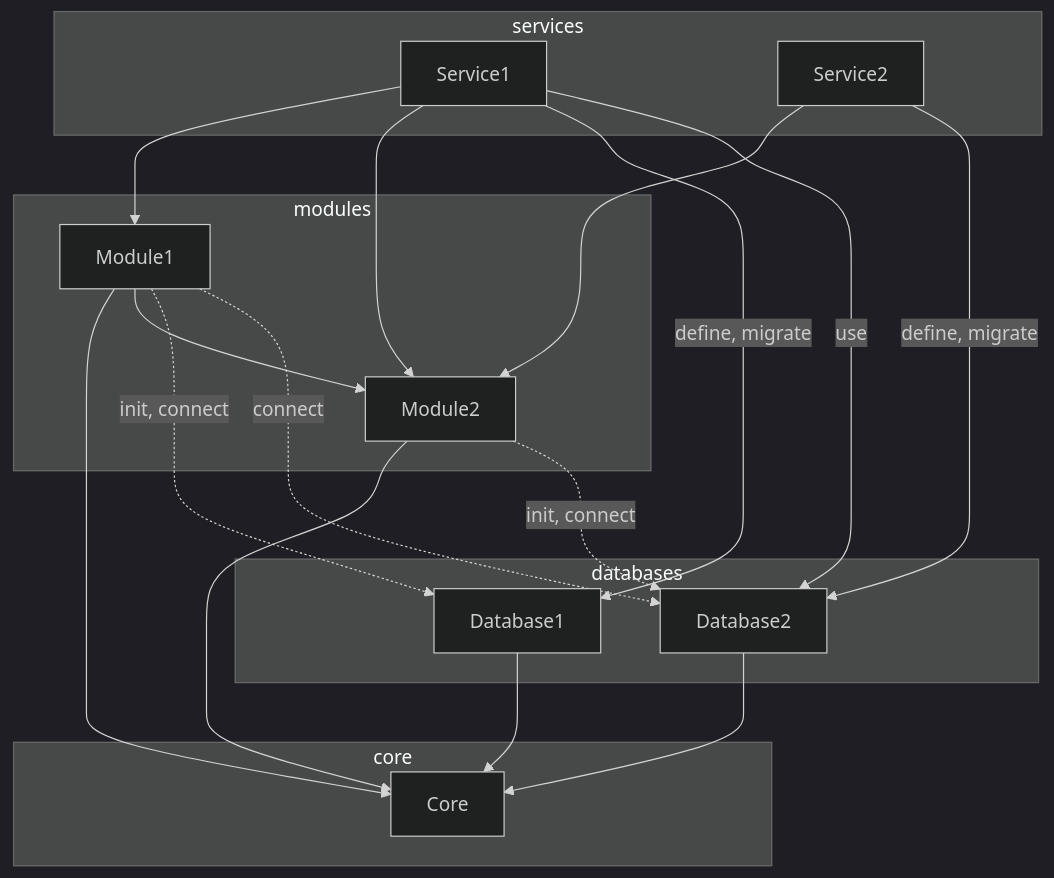
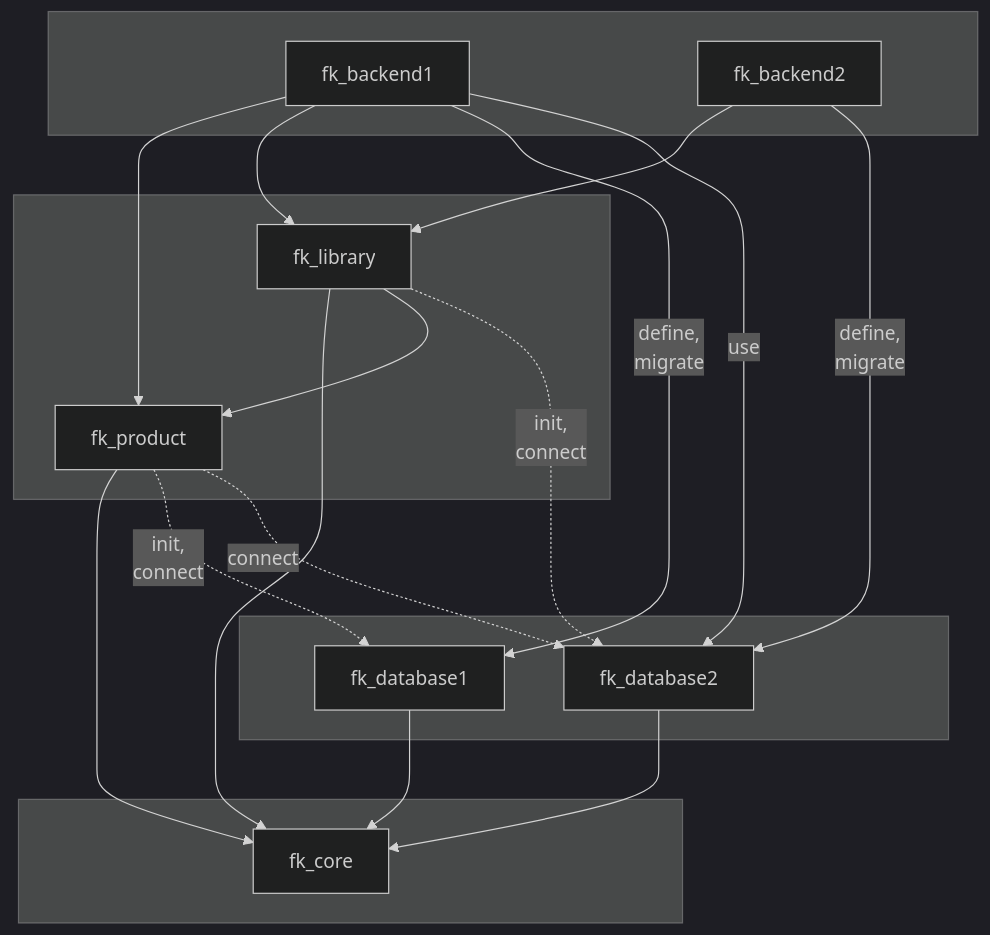
Before and after one commit to funkrusher/fk-framework-quarkus-jooq: the first of 7 diagrams in README.md, drawn with Mermaid (dark theme).

Commit message:
diagram
diagram

````diff
--- a/README.md
+++ b/README.md
@@ -36,26 +36,26 @@
 ```mermaid
 graph TD;
-subgraph core
-Core
+subgraph  
+fk_core
 end
-subgraph databases
-Database1 --> Core
-Database2 --> Core
+subgraph  
+fk_database1 --> fk_core
+fk_database2 --> fk_core
 end
-subgraph modules
-Module1 --> Core
-Module2 --> Core
-Module1 --> Module2
-Module1 -.->|init, connect| Database1
-Module1 -.->|connect| Database2
-Module2 -.->|init, connect| Database2
+subgraph  
+fk_product --> fk_core
+fk_library --> fk_core
+fk_library --> fk_product
+fk_product -.->|init,\n connect| fk_database1
+fk_product -.->|connect| fk_database2
+fk_library -.->|init,\n connect| fk_database2
 end
-subgraph services
-Service1 --> Module1
-Service1 --> Module2
-Service1 -->|define, migrate| Database1
-Service1 -->|use| Database2
-Service2 --> Module2
-Service2 -->|define, migrate| Database2
+subgraph  
+fk_backend1 --> fk_product
+fk_backend1 --> fk_library
+fk_backend1 -->|define,\n migrate| fk_database1
+fk_backend1 -->|use| fk_database2
+fk_backend2 --> fk_library
+fk_backend2 -->|define,\n migrate| fk_database2
 end
 ```
````
